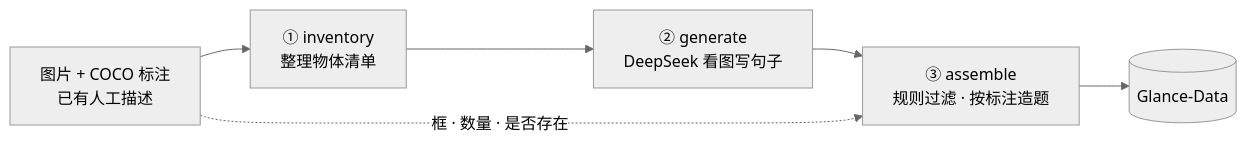
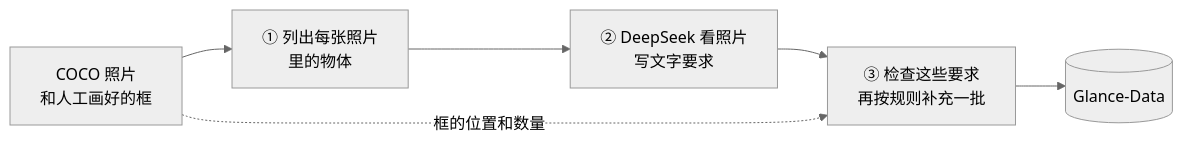
One commit to Vision-Decision/Glance-COCO changed the diagram in README.zh-CN.md. Above: the diagram before and after it, drawn with Mermaid (neutral theme). The commit also changed other lines of this file and 1 other file, not shown here.

````diff
--- a/README.zh-CN.md
+++ b/README.zh-CN.md
@@ -62,8 +83,8 @@
 ```mermaid
 flowchart LR
-    A["图片 + COCO 标注<br/>已有人工描述"] --> B["① inventory<br/>整理物体清单"]
-    B --> C["② generate<br/>DeepSeek 看图写句子"]
-    C --> D["③ assemble<br/>规则过滤 · 按标注造题"]
-    A -. "框 · 数量 · 是否存在" .-> D
+    A["COCO 照片<br/>和人工画好的框"] --> B["① 列出每张照片<br/>里的物体"]
+    B --> C["② DeepSeek 看照片<br/>写文字要求"]
+    C --> D["③ 检查这些要求<br/>再按规则补充一批"]
+    A -. "框的位置和数量" .-> D
     D --> E[("Glance-Data")]
 ```
````
